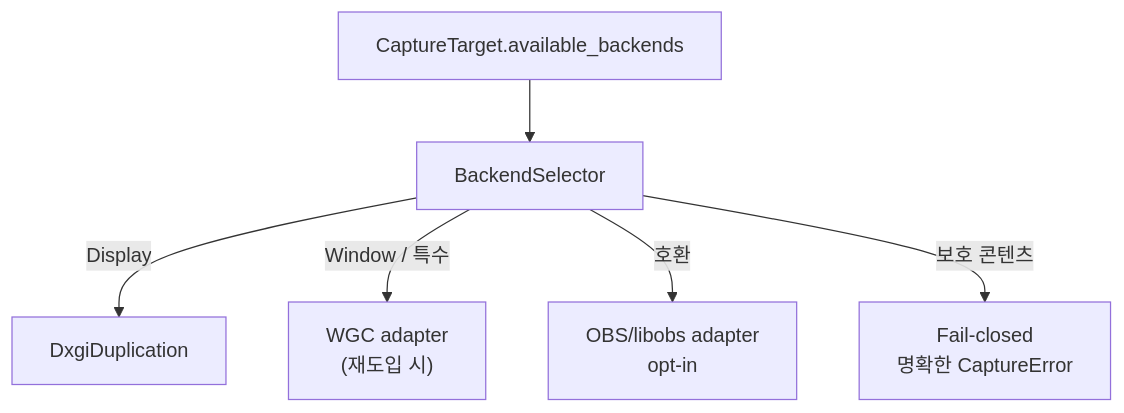
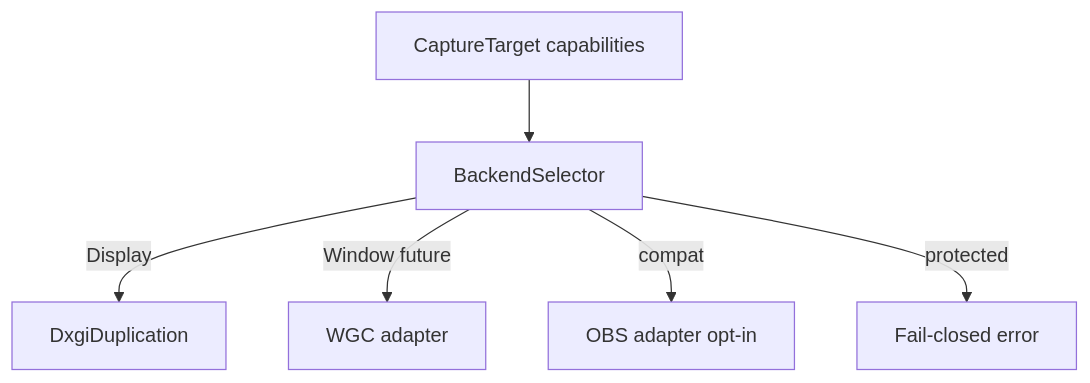
One commit to NAMUORI00/display-share changed the fourth of 8 diagrams in 설계안.md. Above: the diagram before and after it, drawn with Mermaid. The commit also changed other lines of this file and 25 other files, not shown here.

First line of the commit message:
docs(wiki): complete pages for current privacy/DXGI architecture

````diff
--- a/설계안.md
+++ b/설계안.md
@@ -122,8 +91,8 @@
 ```mermaid
 flowchart TB
-  T["CaptureTarget.available_backends"] --> SEL["BackendSelector"]
-  SEL -->|Display| DXGI["DxgiDuplication"]
-  SEL -->|Window / 특수| WGC["WGC adapter<br/>(재도입 시)"]
-  SEL -->|호환| OBS["OBS/libobs adapter<br/>opt-in"]
-  SEL -->|보호 콘텐츠| FC["Fail-closed<br/>명확한 CaptureError"]
+  T[CaptureTarget capabilities] --> SEL[BackendSelector]
+  SEL -->|Display| DXGI[DxgiDuplication]
+  SEL -->|Window future| WGC[WGC adapter]
+  SEL -->|compat| OBS[OBS adapter opt-in]
+  SEL -->|protected| FC[Fail-closed error]
 ```
````
